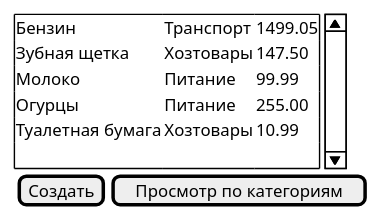
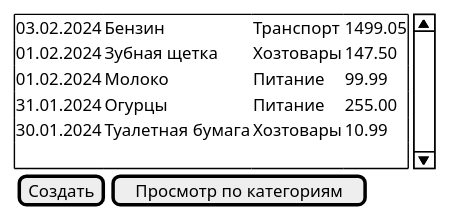
One commit to kirillow66/COSTS changed the diagram in readme.puml/costs.puml. Above: the diagram before and after it, drawn with PlantUML. The commit also changed 7 other files, not shown here.

```diff
--- a/readme.puml/costs.puml
+++ b/readme.puml/costs.puml
@@ -1,15 +1,15 @@
 @startsalt costs
 {
     {SI
-        Бензин | Транспорт | 1499.05
-        Зубная щетка | Хозтовары | 147.50
-        Молоко | Питание | 99.99
-        Огурцы | Питание | 255.00
-        Туалетная бумага | Хозтовары | 10.99
+        03.02.2024 | Бензин | Транспорт | 1499.05
+        01.02.2024 | Зубная щетка | Хозтовары | 147.50
+        01.02.2024 | Молоко | Питание | 99.99
+        31.01.2024 | Огурцы | Питание | 255.00
+        30.01.2024 | Туалетная бумага | Хозтовары | 10.99
         .
     }
     {
         [Создать] | [Просмотр по категориям]
     }
 }
 @endsalt
```
